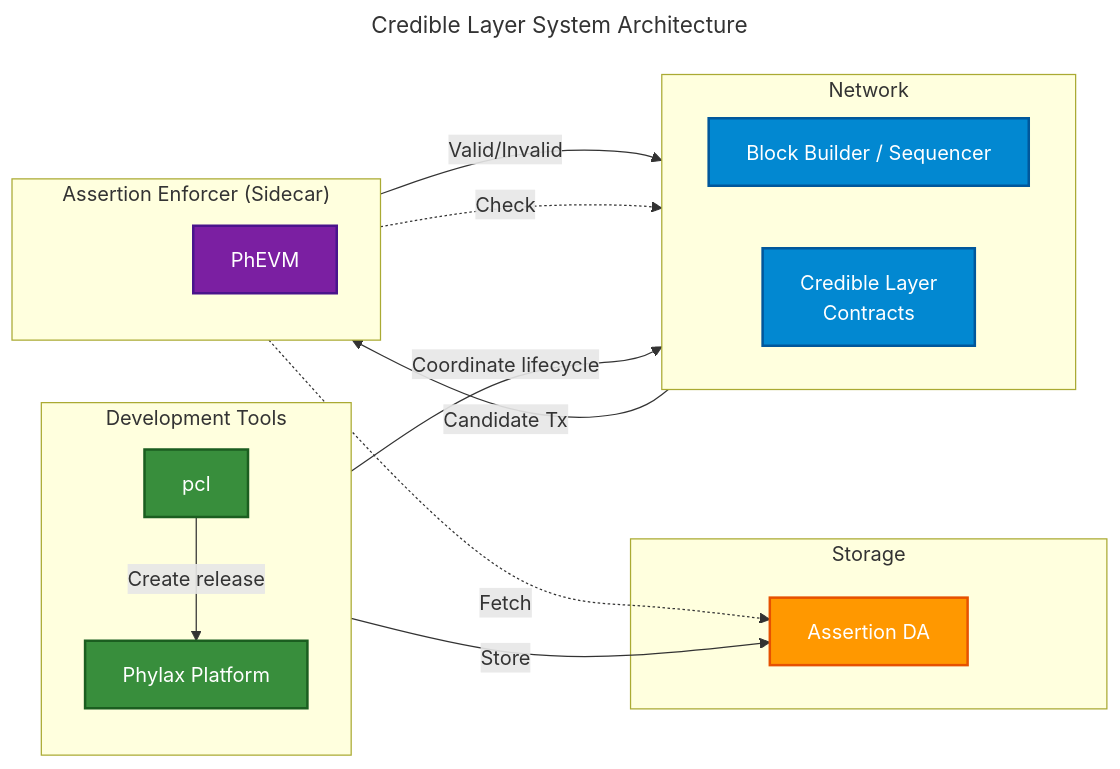
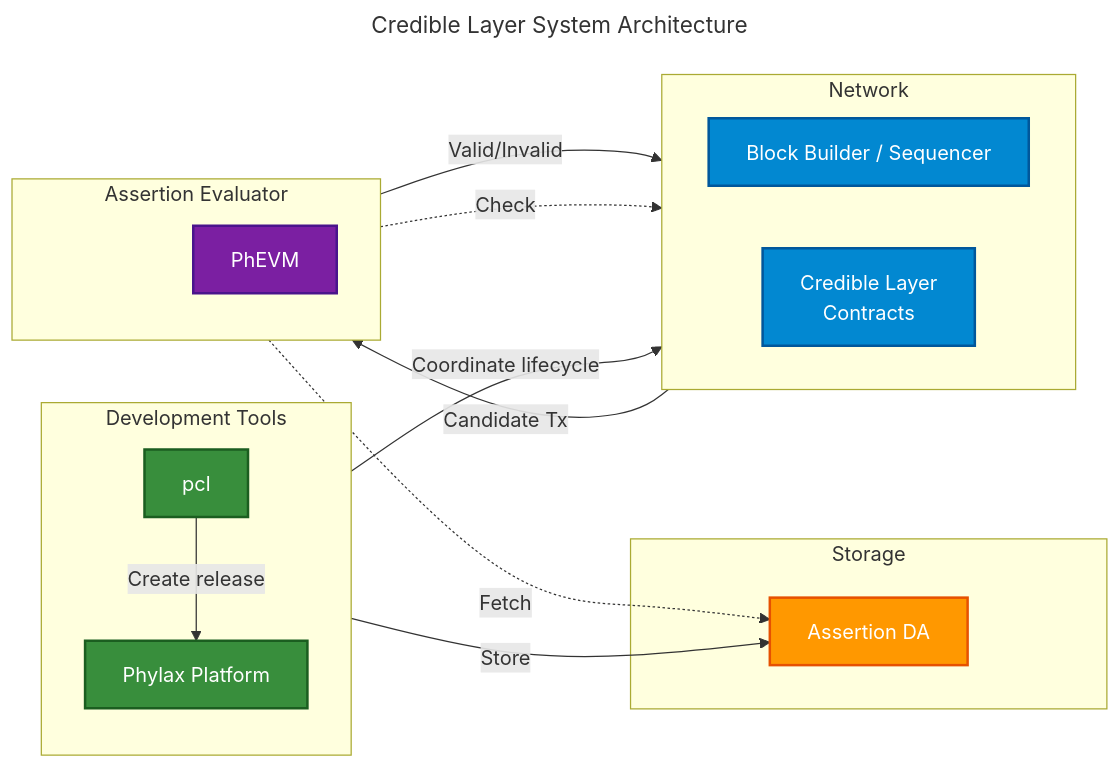
The first of 2 diagrams in credible/architecture-overview.mdx (phylaxsystems/phylax-docs), drawn with Mermaid before and after one commit. The commit also changed other lines of this file and 25 other files, not shown here.

Commit message:
docs: distinguish sequencer and participating-builder enforcement

````diff
--- a/credible/architecture-overview.mdx
+++ b/credible/architecture-overview.mdx
@@ -29,48 +31,48 @@
 ```mermaid
 ---
 title: Credible Layer System Architecture
 ---
 flowchart LR
     subgraph dev["Development Tools"]
         direction TB
         CLI["pcl"]
         PLATFORM["Phylax Platform"]
     end
 
     subgraph storage["Storage"]
         DA["Assertion DA"]
     end
 
     subgraph network["Network"]
         direction LR
         VALIDATOR["Block Builder / Sequencer"]
         REGISTRY["Credible Layer<br/>Contracts"]
     end
 
-    subgraph enforcer["Assertion Enforcer (Sidecar)"]
+    subgraph enforcer["Assertion Evaluator"]
         direction TB
         SPACER_E[" "]
         PhEVM["PhEVM"]
     end
 
     CLI -->|"Create release"| PLATFORM
     PLATFORM -->|"Store"| DA
     PLATFORM -->|"Coordinate lifecycle"| REGISTRY
 
     VALIDATOR -->|"Candidate Tx"| PhEVM
     PhEVM -->|"Valid/Invalid"| VALIDATOR
     PhEVM -.->|"Fetch"| DA
     PhEVM -.->|"Check"| REGISTRY
 
     classDef dev fill:#388e3c,stroke:#1b5e20,stroke-width:2px,color:#fff
     classDef storage fill:#ff9800,stroke:#e65100,stroke-width:2px,color:#fff
     classDef network fill:#0288d1,stroke:#01579b,stroke-width:2px,color:#fff
     classDef sidecar fill:#7b1fa2,stroke:#4a148c,stroke-width:2px,color:#fff
     classDef invisible fill:none,stroke:none
 
     class CLI,PLATFORM dev
     class DA storage
     class VALIDATOR,REGISTRY network
     class PhEVM sidecar
     class SPACER_E invisible
 ```
````
